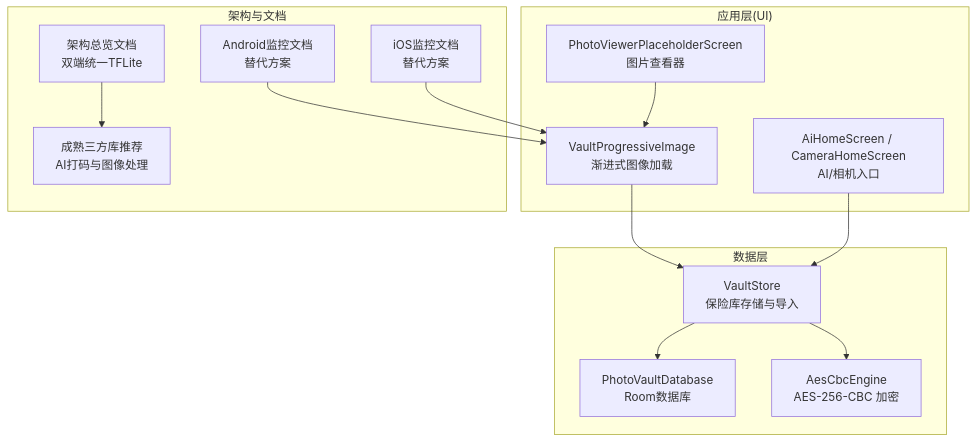
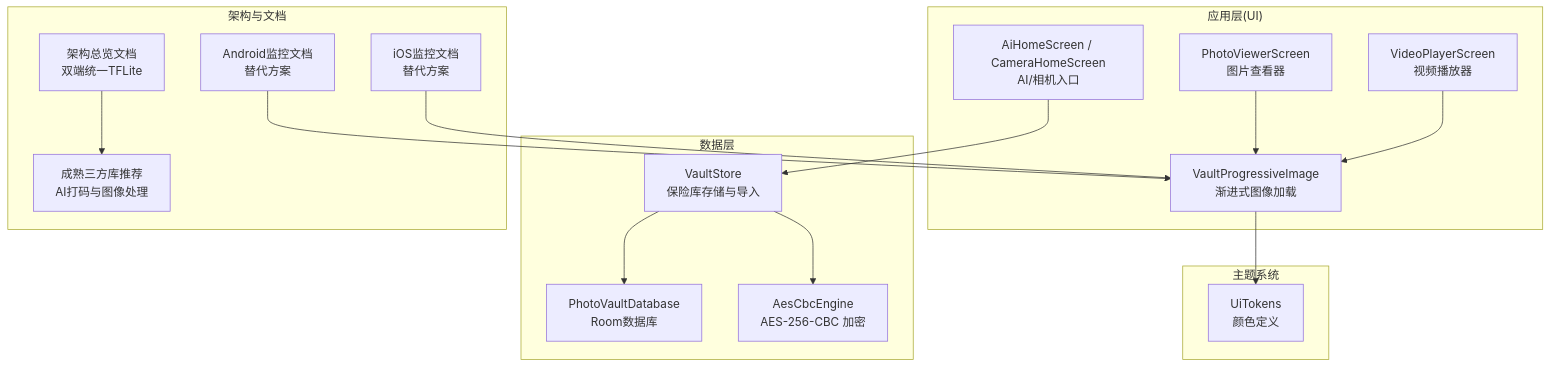
Before and after one commit to wanhongbo/ai-photo-vault: the first of 8 diagrams in .qoder/repowiki/zh/content/性能优化/图像处理优化.md, drawn with Mermaid. The commit also changed other lines of this file and 22 other files, not shown here.

````diff
--- a/.qoder/repowiki/zh/content/性能优化/图像处理优化.md
+++ b/.qoder/repowiki/zh/content/性能优化/图像处理优化.md
@@ -44,27 +56,32 @@
 ```mermaid
 graph TB
 subgraph "应用层(UI)"
 A["VaultProgressiveImage<br/>渐进式图像加载"]
-B["PhotoViewerPlaceholderScreen<br/>图片查看器"]
-C["AiHomeScreen / CameraHomeScreen<br/>AI/相机入口"]
+B["PhotoViewerScreen<br/>图片查看器"]
+C["VideoPlayerScreen<br/>视频播放器"]
+D["AiHomeScreen / CameraHomeScreen<br/>AI/相机入口"]
+end
+subgraph "主题系统"
+E["UiTokens<br/>颜色定义"]
 end
 subgraph "数据层"
-D["VaultStore<br/>保险库存储与导入"]
-E["PhotoVaultDatabase<br/>Room数据库"]
-F["AesCbcEngine<br/>AES-256-CBC 加密"]
+F["VaultStore<br/>保险库存储与导入"]
+G["PhotoVaultDatabase<br/>Room数据库"]
+H["AesCbcEngine<br/>AES-256-CBC 加密"]
 end
 subgraph "架构与文档"
-G["架构总览文档<br/>双端统一TFLite"]
-H["成熟三方库推荐<br/>AI打码与图像处理"]
-I["Android监控文档<br/>替代方案"]
-J["iOS监控文档<br/>替代方案"]
+I["架构总览文档<br/>双端统一TFLite"]
+J["成熟三方库推荐<br/>AI打码与图像处理"]
+K["Android监控文档<br/>替代方案"]
+L["iOS监控文档<br/>替代方案"]
 end
-A --> D
+A --> E
 B --> A
-C --> D
-D --> E
+C --> A
 D --> F
-G --> H
-I --> A
-J --> A
+F --> G
+F --> H
+I --> J
+K --> A
+L --> A
 ```
````
